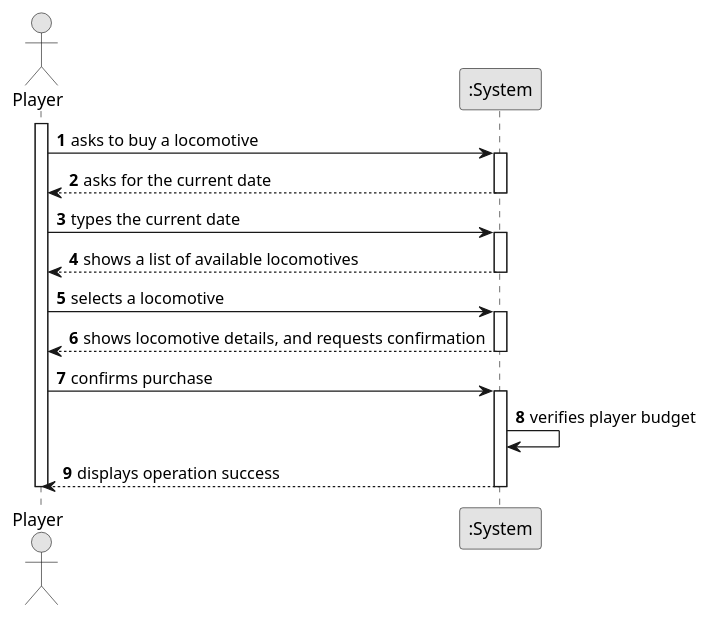
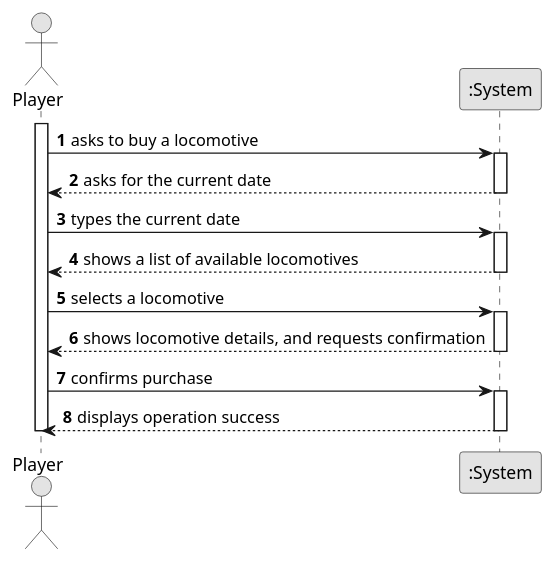
Before and after one commit to HenriqueSilva18/Railway-Network-Simulator: the diagram in docs/system-documentation/Sprint 1/US09/01.requirements-engineering/puml/US09-SSD.puml, drawn with PlantUML. The commit also changed 3 other files, not shown here.

```diff
--- a/docs/system-documentation/Sprint 1/US09/01.requirements-engineering/puml/US09-SSD.puml
+++ b/docs/system-documentation/Sprint 1/US09/01.requirements-engineering/puml/US09-SSD.puml
@@ -1,39 +1,38 @@
 @startuml
 skinparam monochrome true
 skinparam packageStyle rectangle
 skinparam shadowing false
 
 autonumber
 
 actor "Player" as Player
 participant ":System" as System
 
 activate Player
 
     Player -> System : asks to buy a locomotive
     activate System
 
         System --> Player : asks for the current date
     deactivate System
 
     Player -> System : types the current date
     activate System
 
         System --> Player : shows a list of available locomotives
     deactivate System
 
     Player -> System : selects a locomotive
     activate System
 
         System --> Player : shows locomotive details, and requests confirmation
     deactivate System
 
     Player -> System : confirms purchase
     activate System
 
-        System -> System : verifies player budget
         System --> Player : displays operation success
     deactivate System
 
 deactivate Player
 @enduml
```
